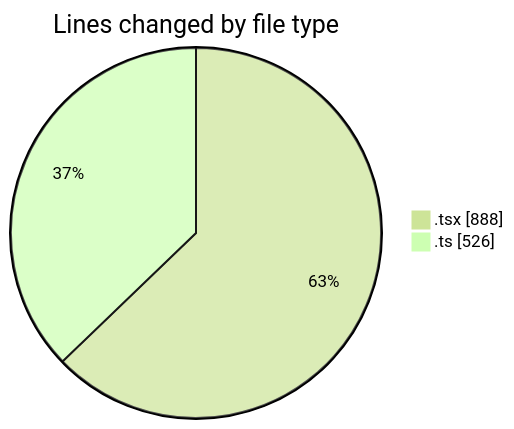
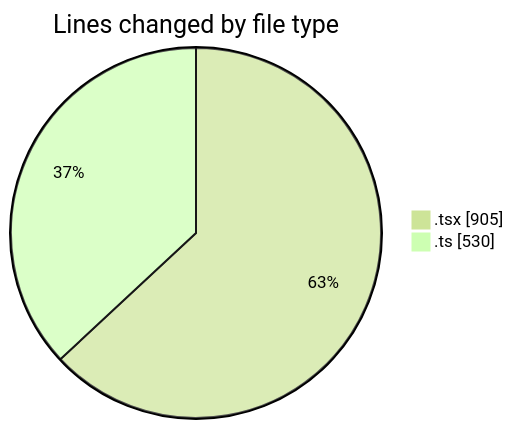
Before and after one commit to momahboobian/code-tracking: the first of 2 diagrams in 2025-07-11/cda/README.md, drawn with Mermaid (forest theme). The commit also changed other lines of this file and 1 other file, not shown here.

````diff
--- a/2025-07-11/cda/README.md
+++ b/2025-07-11/cda/README.md
@@ -24,6 +24,6 @@
 ```mermaid
 pie showData
 title Lines changed by file type
-".tsx" : 888
-".ts" : 526
+".tsx" : 905
+".ts" : 530
 ```
````
